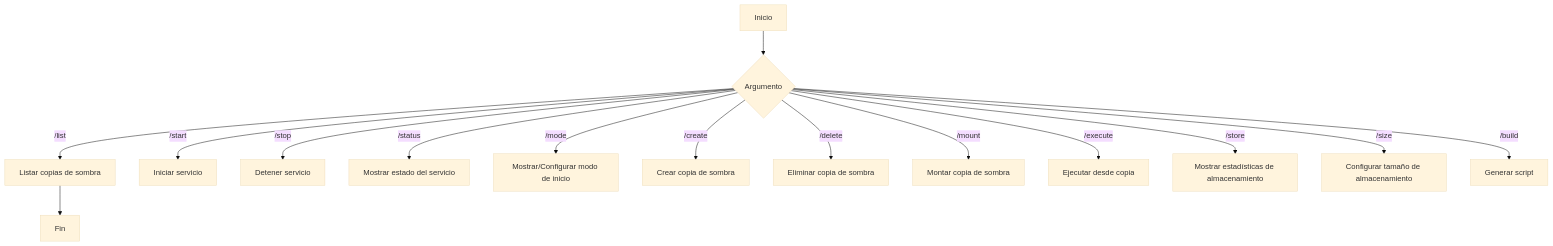
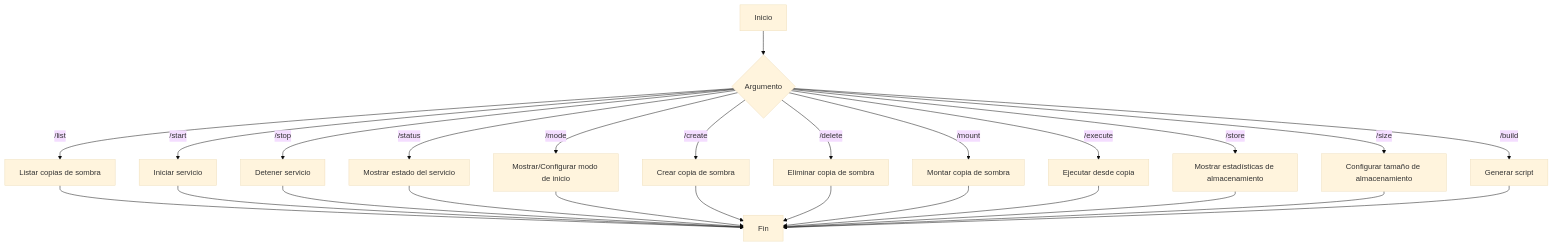
The diagram in _posts/2024-10-10-pos3.md (CarlosUllulluy/CarlosUllulluy.github.io), drawn with Mermaid (base theme) before and after one commit. The commit also changed other lines of this file, not shown here.

Commit message:
primer push21

````diff
--- a/_posts/2024-10-10-pos3.md
+++ b/_posts/2024-10-10-pos3.md
@@ -150,17 +150,28 @@
 ```mermaid
-graph TD;
+graph TD
     A[Inicio] --> B{Argumento}
     B -->|/list| C[Listar copias de sombra]
     B -->|/start| D[Iniciar servicio]
     B -->|/stop| E[Detener servicio]
     B -->|/status| F[Mostrar estado del servicio]
     B -->|/mode| G[Mostrar/Configurar modo de inicio]
     B -->|/create| H[Crear copia de sombra]
     B -->|/delete| I[Eliminar copia de sombra]
     B -->|/mount| J[Montar copia de sombra]
     B -->|/execute| K[Ejecutar desde copia]
     B -->|/store| L[Mostrar estadísticas de almacenamiento]
     B -->|/size| M[Configurar tamaño de almacenamiento]
     B -->|/build| N[Generar script]
     C --> O[Fin]
+    D --> O
+    E --> O
+    F --> O
+    G --> O
+    H --> O
+    I --> O
+    J --> O
+    K --> O
+    L --> O
+    M --> O
+    N --> O
 ```
````
